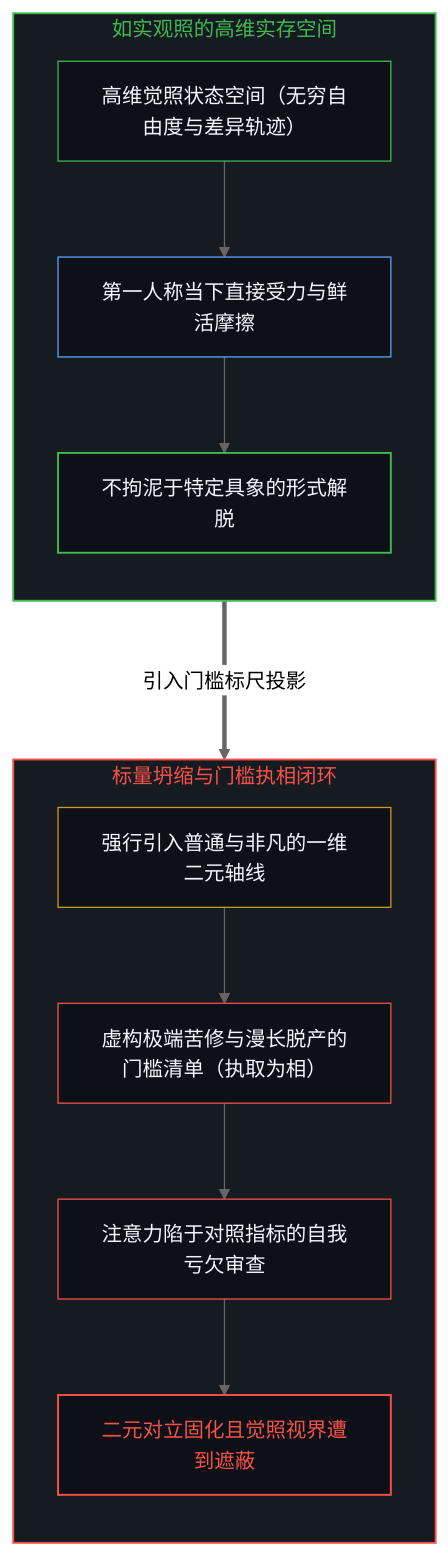
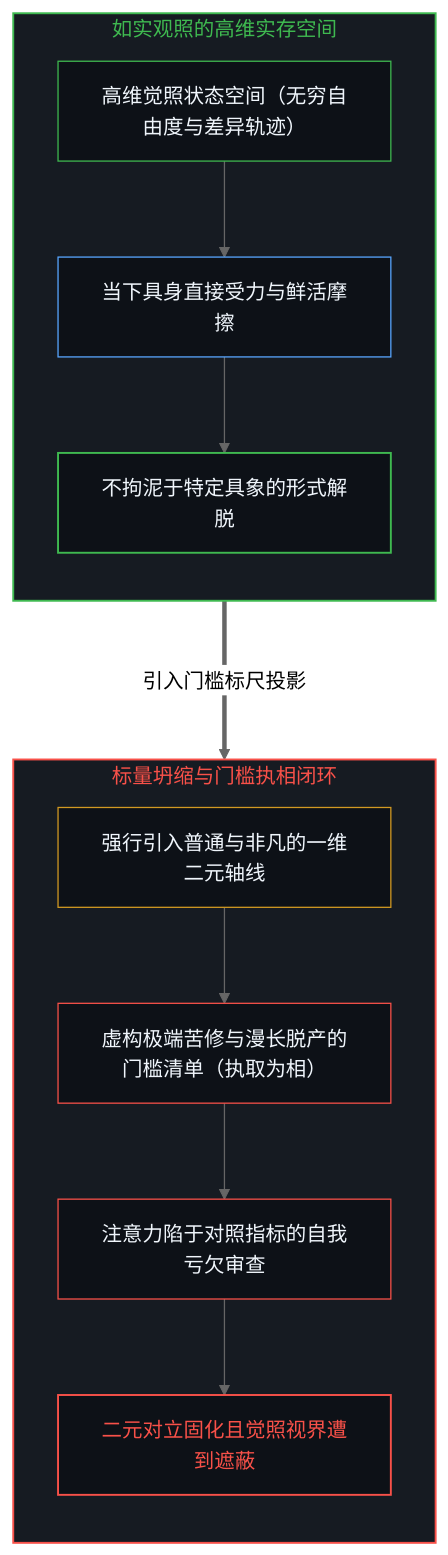
The first of 4 diagrams in content/posts/the-form-of-enlightenment-and-the-inversion-of-gates.md (powerpig99/not-a-toe), drawn with Mermaid (neutral theme) before and after one commit. The commit also changed other lines of this file and 3 other files, not shown here.

````diff
--- a/content/posts/the-form-of-enlightenment-and-the-inversion-of-gates.md
+++ b/content/posts/the-form-of-enlightenment-and-the-inversion-of-gates.md
@@ -17,27 +17,27 @@
 ```mermaid
 graph TD
     subgraph S_DirectSeeing ["如实观照的高维实存空间"]
         direction TB
-        DS_Infinite["高维觉照状态空间（无穷自由度与差异轨迹）"] --> DS_Present["第一人称当下直接受力与鲜活摩擦"]
+        DS_Infinite["高维觉照状态空间（无穷自由度与差异轨迹）"] --> DS_Present["当下具身直接受力与鲜活摩擦"]
         DS_Present --> DS_Unbound["不拘泥于特定具象的形式解脱"]
     end
 
     subgraph S_FormCollapse ["标量坍缩与门槛执相闭环"]
         direction TB
         FC_Filter["强行引入普通与非凡的一维二元轴线"] --> FC_Checklist["虚构极端苦修与漫长脱产的门槛清单（执取为相）"]
         FC_Checklist --> FC_Monitoring["注意力陷于对照指标的自我亏欠审查"]
         FC_Monitoring --> FC_Lock["二元对立固化且觉照视界遭到遮蔽"]
     end
 
     DS_Infinite ===>|"引入门槛标尺投影"| FC_Filter
 
     style S_DirectSeeing fill:#161b22,stroke:#3fb950,stroke-width:1.5px,color:#3fb950
     style S_FormCollapse fill:#161b22,stroke:#f85149,stroke-width:1.5px,color:#f85149
     style DS_Infinite fill:#0d1117,stroke:#3fb950,stroke-width:1px,color:#f0f6fc
     style DS_Present fill:#0d1117,stroke:#58a6ff,stroke-width:1px,color:#f0f6fc
     style DS_Unbound fill:#0d1117,stroke:#3fb950,stroke-width:1.5px,color:#f0f6fc
     style FC_Filter fill:#0d1117,stroke:#d29922,stroke-width:1px,color:#f0f6fc
     style FC_Checklist fill:#0d1117,stroke:#f85149,stroke-width:1px,color:#f0f6fc
     style FC_Monitoring fill:#0d1117,stroke:#f85149,stroke-width:1px,color:#f0f6fc
     style FC_Lock fill:#0d1117,stroke:#f85149,stroke-width:1.5px,color:#f85149
 ```
````
